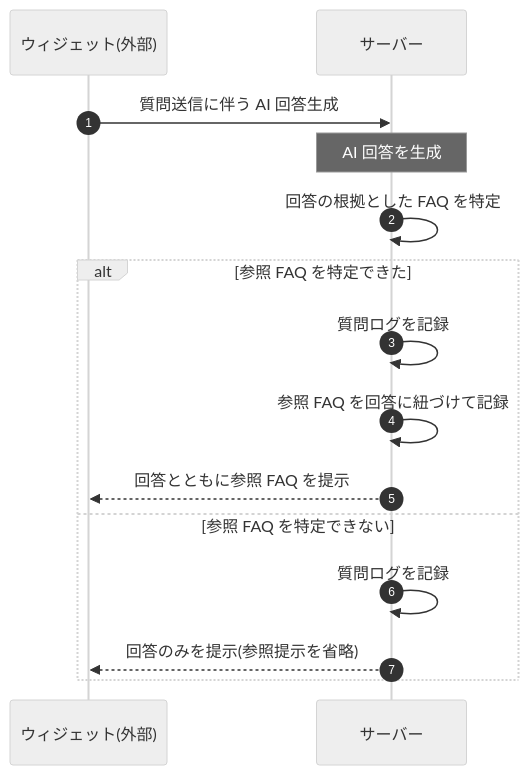
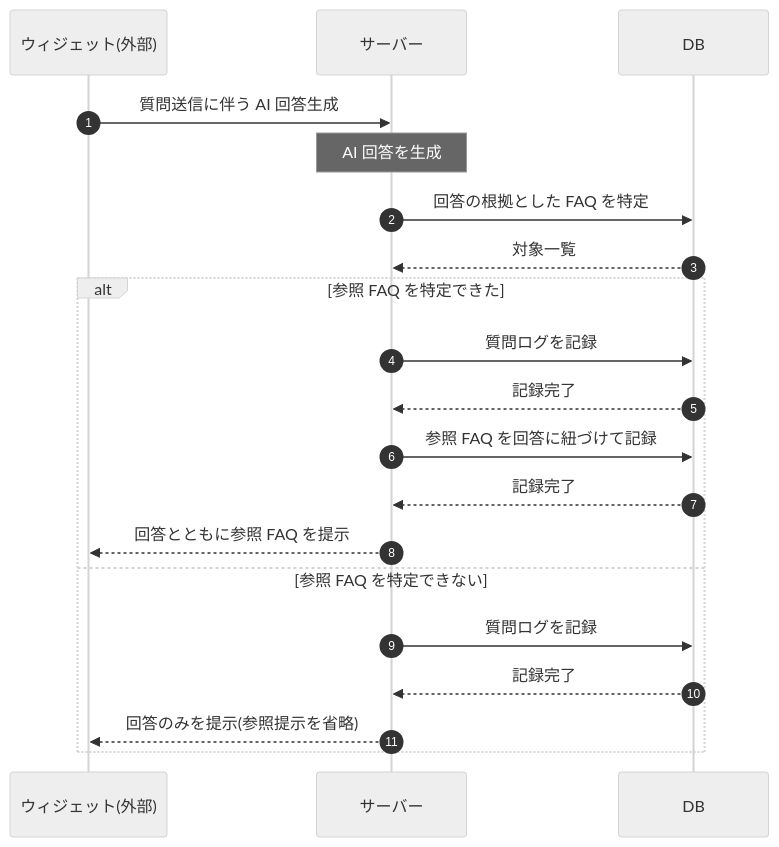
Before and after one commit to sikakou54/open-faq: the diagram in 02_basic_design/03_sequences/SEQ-110.md, drawn with Mermaid (neutral theme). The commit also changed other lines of this file and 122 other files, not shown here.

First line of the commit message:
シーケンス図に DB アクターを追加(DB 操作をサーバー自己メッセージから分離)

````diff
--- a/02_basic_design/03_sequences/SEQ-110.md
+++ b/02_basic_design/03_sequences/SEQ-110.md
@@ -26,17 +26,22 @@
 ```mermaid
 sequenceDiagram
   autonumber
   participant W as ウィジェット(外部)
   participant Server as サーバー
+  participant DB as DB
   W->>Server: 質問送信に伴う AI 回答生成
   Note over Server: AI 回答を生成
-  Server->>Server: 回答の根拠とした FAQ を特定
+  Server->>DB: 回答の根拠とした FAQ を特定
+  DB-->>Server: 対象一覧
   alt 参照 FAQ を特定できた
-    Server->>Server: 質問ログを記録
-    Server->>Server: 参照 FAQ を回答に紐づけて記録
+    Server->>DB: 質問ログを記録
+    DB-->>Server: 記録完了
+    Server->>DB: 参照 FAQ を回答に紐づけて記録
+    DB-->>Server: 記録完了
     Server-->>W: 回答とともに参照 FAQ を提示
   else 参照 FAQ を特定できない
-    Server->>Server: 質問ログを記録
+    Server->>DB: 質問ログを記録
+    DB-->>Server: 記録完了
     Server-->>W: 回答のみを提示(参照提示を省略)
   end
 ```
````
